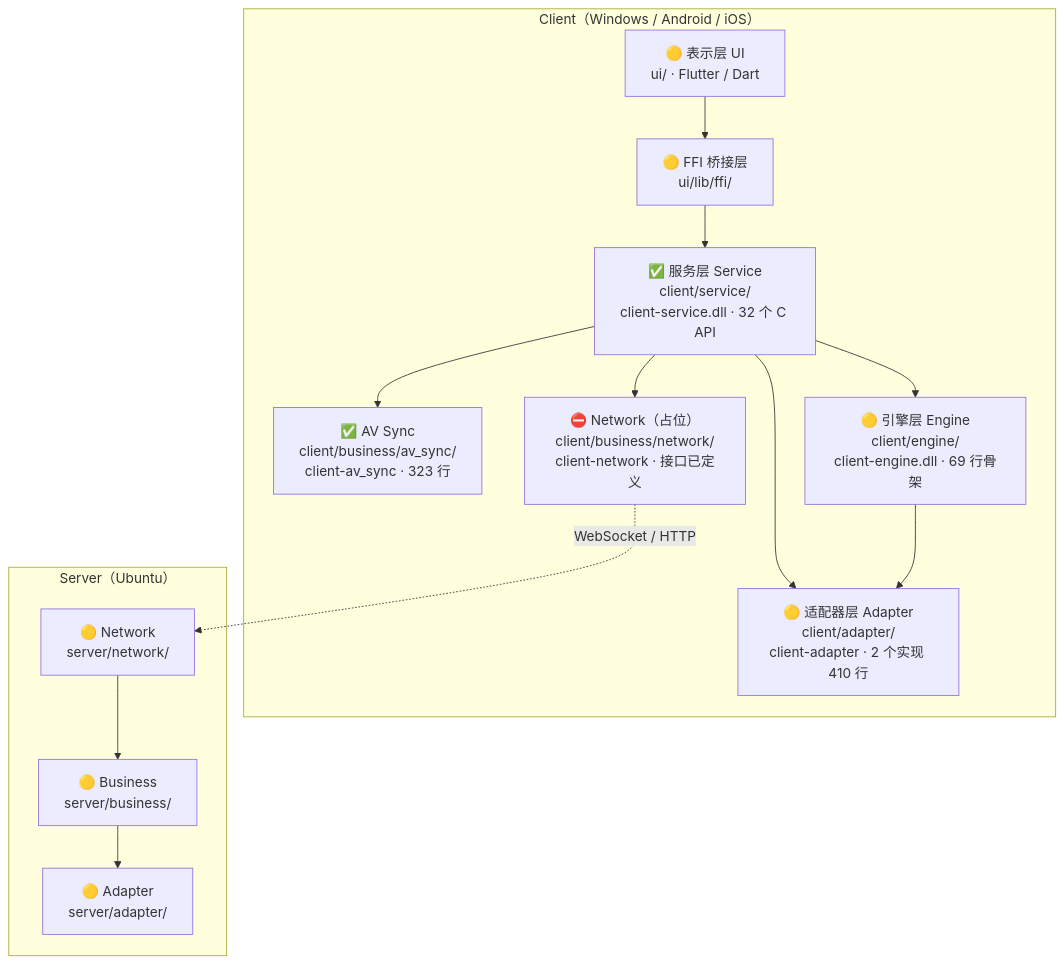
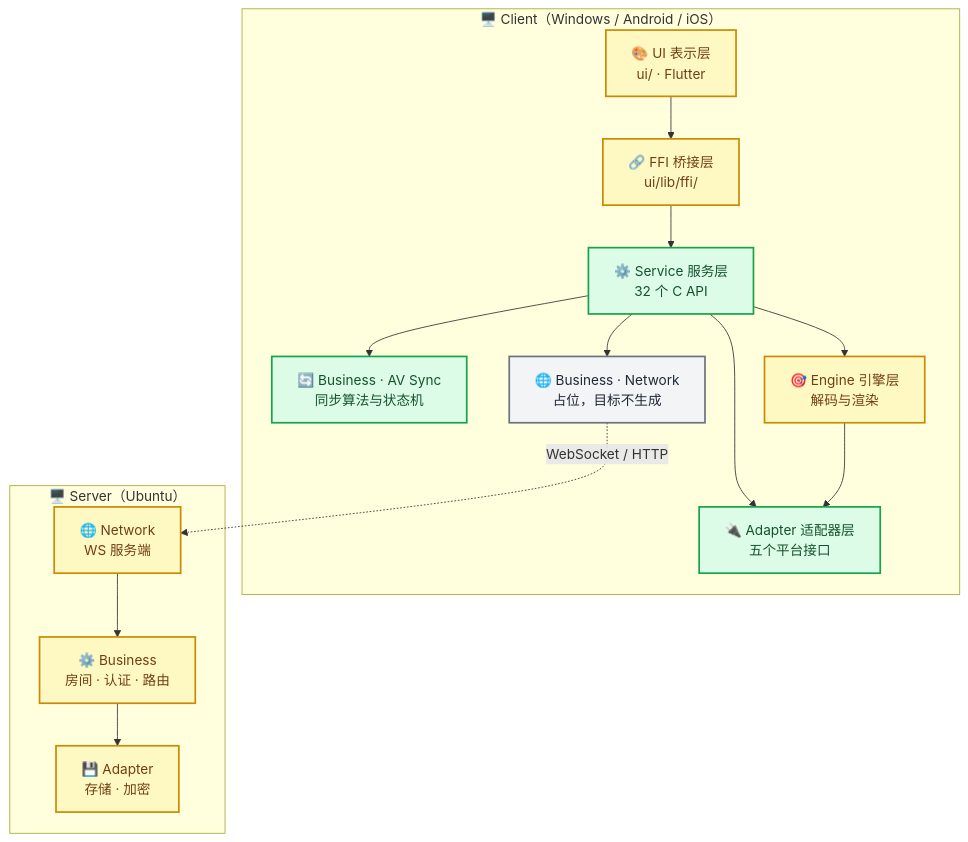
Before and after one commit to xiaofusu123/PrismPlayer: the first of 2 diagrams in docs/markdown/项目框架.md, drawn with Mermaid. The commit also changed other lines of this file and 8 other files, not shown here.

````diff
--- a/docs/markdown/项目框架.md
+++ b/docs/markdown/项目框架.md
@@ -15,29 +15,38 @@
 ```mermaid
-graph TD
-accTitle: 个层架构与 Client/Server 划分
-accDescr: Client 个层与 Server 三层的依赖方向，以及各层实测状态与构建产物
-    subgraph Client["Client（Windows / Android / iOS）"]
-        UI["🟡 表示层 UI<br/>ui/ · Flutter / Dart"]
-        FFI["🟡 FFI 桥接层<br/>ui/lib/ffi/"]
-        SVC["✅ 服务层 Service<br/>client/service/<br/>client-service.dll · 32 个 C API"]
-        AVS["✅ AV Sync<br/>client/business/av_sync/<br/>client-av_sync · 323 行"]
-        NET["⛔ Network（占位）<br/>client/business/network/<br/>client-network · 接口已定义"]
-        ENG["🟡 引擎层 Engine<br/>client/engine/<br/>client-engine.dll · 69 行骨架"]
-        ADP["🟡 适配器层 Adapter<br/>client/adapter/<br/>client-adapter · 2 个实现 410 行"]
-        UI --> FFI --> SVC
-        SVC --> AVS
-        SVC --> NET
-        SVC --> ENG
-        SVC --> ADP
-        ENG --> ADP
+flowchart TB
+    accTitle: Client 六层与 Server 三层的依赖方向
+    accDescr: 客户端六层自 UI 经 FFI 到 Service 并向下依赖业务、引擎与适配层；服务端三层平级链接；颜色区分已落地、部分落地与未开始
+
+    subgraph client ["🖥️ Client（Windows / Android / iOS）"]
+        ui["🎨 UI 表示层<br/>ui/ · Flutter"]
+        ffi["🔗 FFI 桥接层<br/>ui/lib/ffi/"]
+        service["⚙️ Service 服务层<br/>32 个 C API"]
+        av_sync["🔄 Business · AV Sync<br/>同步算法与状态机"]
+        network["🌐 Business · Network<br/>占位，目标不生成"]
+        engine["🎯 Engine 引擎层<br/>解码与渲染"]
+        adapter["🔌 Adapter 适配器层<br/>五个平台接口"]
+        ui --> ffi --> service
+        service --> av_sync
+        service --> network
+        service --> engine
+        service --> adapter
+        engine --> adapter
     end
 
-    subgraph Server["Server（Ubuntu）"]
-        SN["🟡 Network<br/>server/network/"]
-        SB["🟡 Business<br/>server/business/"]
-        SA["🟡 Adapter<br/>server/adapter/"]
-        SN --> SB --> SA
+    subgraph server ["🖥️ Server（Ubuntu）"]
+        server_network["🌐 Network<br/>WS 服务端"]
+        server_business["⚙️ Business<br/>房间 · 认证 · 路由"]
+        server_adapter["💾 Adapter<br/>存储 · 加密"]
+        server_network --> server_business --> server_adapter
     end
 
-    NET -. "WebSocket / HTTP" .-> SN
+    network -.->|"WebSocket / HTTP"| server_network
+
+    classDef done fill:#dcfce7,stroke:#16a34a,stroke-width:2px,color:#14532d
+    classDef partial fill:#fef9c3,stroke:#ca8a04,stroke-width:2px,color:#713f12
+    classDef pending fill:#f3f4f6,stroke:#6b7280,stroke-width:2px,color:#1f2937
+
+    class service,av_sync,adapter done
+    class ui,ffi,engine,server_network,server_business,server_adapter partial
+    class network pending
 ```
````
